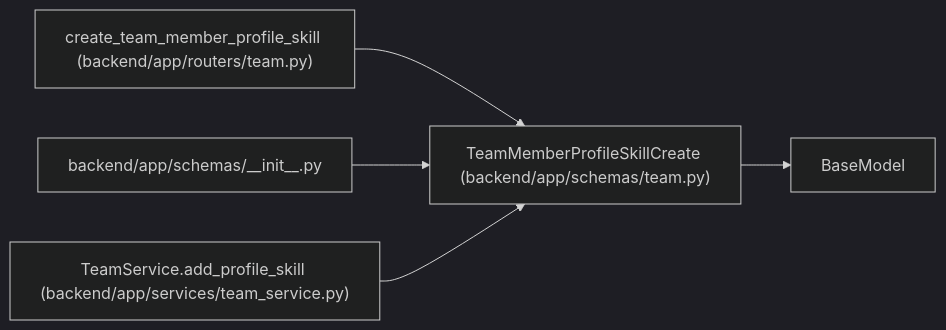
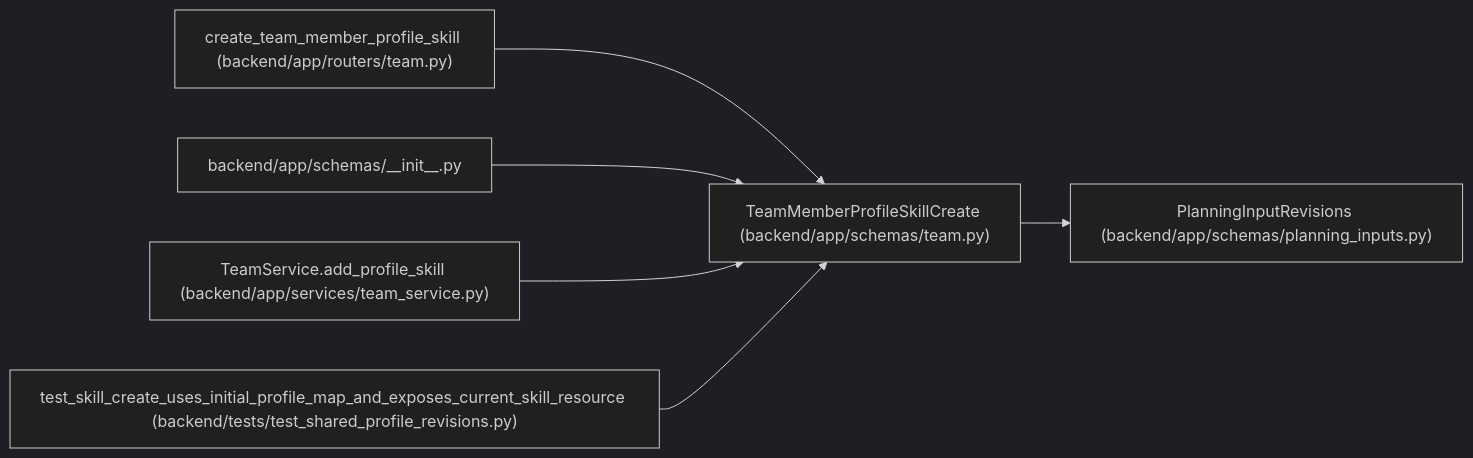
Before and after one commit to Denissvgn/WorkChord: the diagram in docs/llm_wiki/entities/schemas_team_TeamMemberProfileSkillCreate.md, drawn with Mermaid (dark theme). The commit also changed other lines of this file and 10148 other files, not shown here.

````diff
--- a/docs/llm_wiki/entities/schemas_team_TeamMemberProfileSkillCreate.md
+++ b/docs/llm_wiki/entities/schemas_team_TeamMemberProfileSkillCreate.md
@@ -44,16 +44,20 @@
 ```mermaid
 flowchart LR
     n0["TeamMemberProfileSkillCreate (backend/app/schemas/team.py)"]
-    n1["BaseModel"]
+    n1["PlanningInputRevisions (backend/app/schemas/planning_inputs.py)"]
     n2["create_team_member_profile_skill (backend/app/routers/team.py)"]
     n3["backend/app/schemas/__init__.py"]
     n4["TeamService.add_profile_skill (backend/app/services/team_service.py)"]
+    n5["test_skill_create_uses_initial_profile_map_and_exposes_current_skill_resource (backend/tests/test_shared_profile_revisions.py)"]
     n0 --> n1
     n2 --> n0
     n3 --> n0
     n4 --> n0
+    n5 --> n0
     click n0 "../modules/schemas_team.md"
+    click n1 "../modules/planning_inputs.md"
     click n2 "../modules/routers_team.md"
     click n3 "../modules/schemas___init__.md"
     click n4 "../modules/team_service.md"
+    click n5 "../modules/test_shared_profile_revisions.md"
 ```
````
